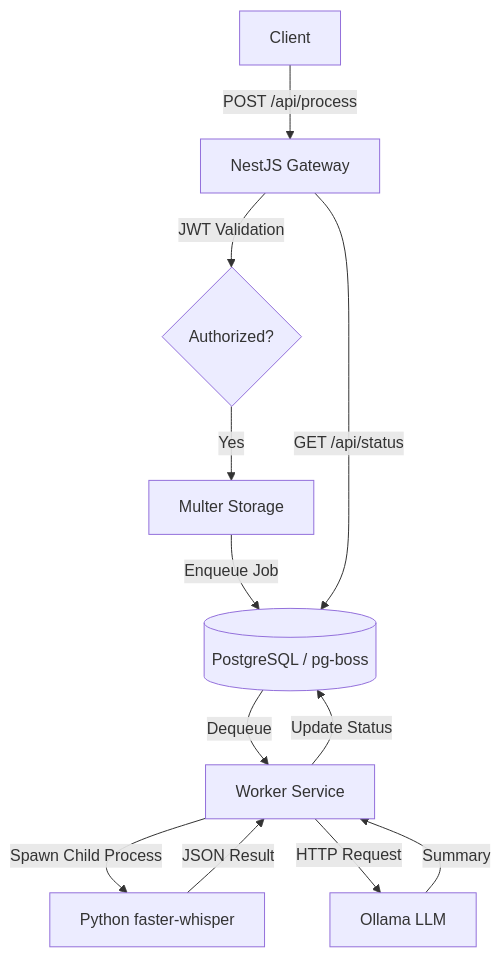
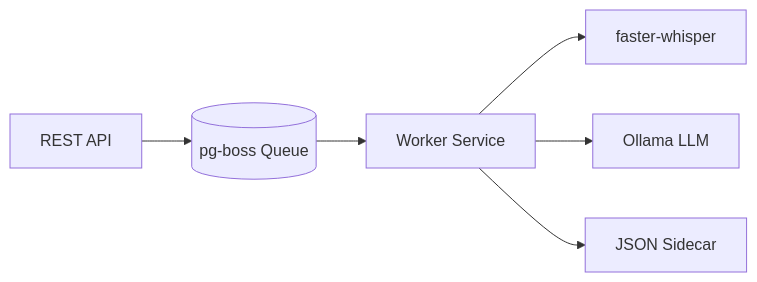
The diagram in README.md (marlondivino/stt-ia-server), drawn with Mermaid before and after one commit. The commit also changed other lines of this file and 1 other file, not shown here.

````diff
--- a/README.md
+++ b/README.md
@@ -44,14 +14,8 @@
 ```mermaid
-graph TD
-    A[Client] -->|POST /api/process| B[NestJS Gateway]
-    B -->|JWT Validation| C{Authorized?}
-    C -->|Yes| D[Multer Storage]
-    D -->|Enqueue Job| E[(PostgreSQL / pg-boss)]
-    E -->|Dequeue| F[Worker Service]
-    F -->|Spawn Child Process| G[Python faster-whisper]
-    G -->|JSON Result| F
-    F -->|HTTP Request| H[Ollama LLM]
-    H -->|Summary| F
-    F -->|Update Status| E
-    B -->|GET /api/status| E
+graph LR
+    API[REST API] --> Queue[(pg-boss Queue)]
+    Queue --> Worker[Worker Service]
+    Worker --> Whisper[faster-whisper]
+    Worker --> Ollama[Ollama LLM]
+    Worker --> Result[JSON Sidecar]
 ```
````
